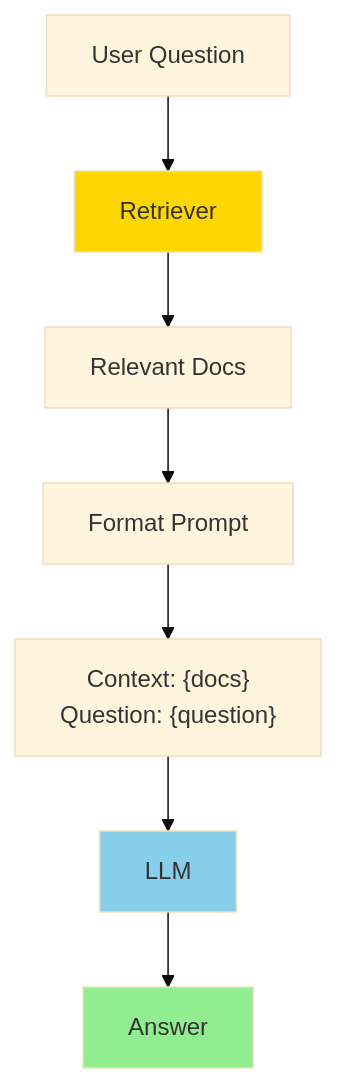
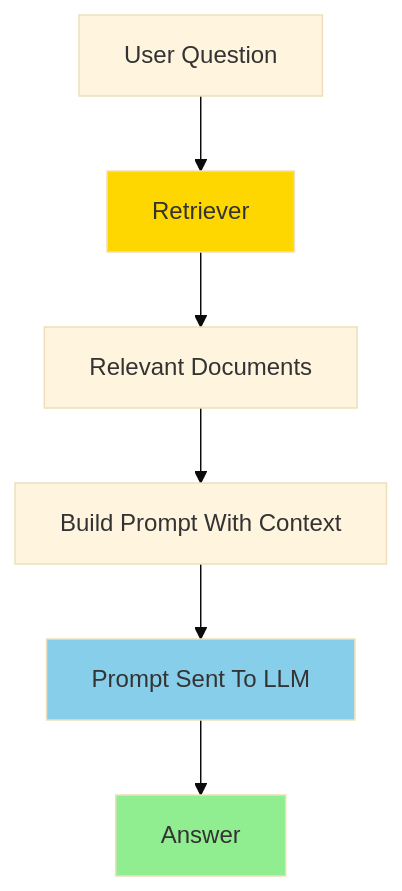
One commit to Kadiwalhussain/LangChain changed the fifth of 21 diagrams in 10.Retrievers/README.md. Above: the diagram before and after it, drawn with Mermaid (base theme). The commit also changed 2 other files, not shown here.

Commit message:
fix: corrected Mermaid diagrams in all README files

````diff
--- a/10.Retrievers/README.md
+++ b/10.Retrievers/README.md
@@ -246,13 +246,12 @@
 ```mermaid
 graph TB
     A[User Question] --> B[Retriever]
-    B --> C[Relevant Docs]
-    C --> D[Format Prompt]
-    D --> E["Context: {docs}<br/>Question: {question}"]
-    E --> F[LLM]
-    F --> G[Answer]
+    B --> C[Relevant Documents]
+    C --> D[Build Prompt With Context]
+    D --> E[Prompt Sent To LLM]
+    E --> F[Answer]
     
     style B fill:#FFD700
-    style F fill:#87CEEB
-    style G fill:#90EE90
+    style E fill:#87CEEB
+    style F fill:#90EE90
 ```
````
